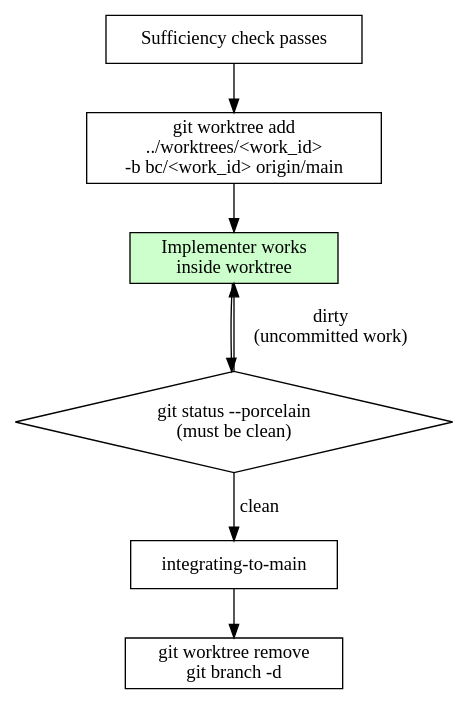
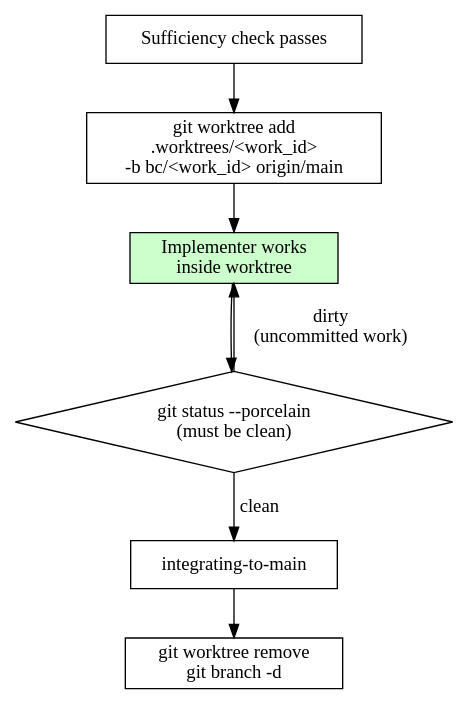
One commit to dstengle/shopsystem-templates changed the diagram in src/shop_templates/templates/skills/using-git-worktrees/SKILL.md. Above: the diagram before and after it, drawn with Graphviz. The commit also changed other lines of this file and 1 other file, not shown here.

First line of the commit message:
feat(green): place per-work_id worktrees inside /workspace (.worktrees/<id>)

````diff
--- a/src/shop_templates/templates/skills/using-git-worktrees/SKILL.md
+++ b/src/shop_templates/templates/skills/using-git-worktrees/SKILL.md
@@ -68,16 +70,16 @@
 ```dot
 digraph worktrees {
     rankdir=TB;
     suff   [label="Sufficiency check passes", shape=box];
-    create [label="git worktree add\n../worktrees/<work_id>\n-b bc/<work_id> origin/main", shape=box];
+    create [label="git worktree add\n.worktrees/<work_id>\n-b bc/<work_id> origin/main", shape=box];
     impl   [label="Implementer works\ninside worktree", shape=box, style=filled, fillcolor="#ccffcc"];
     check  [label="git status --porcelain\n(must be clean)", shape=diamond];
     merge  [label="integrating-to-main", shape=box];
     clean  [label="git worktree remove\ngit branch -d", shape=box];
 
     suff   -> create -> impl -> check;
     check  -> merge [label="clean"];
     check  -> impl  [label="dirty\n(uncommitted work)"];
     merge  -> clean;
 }
 ```
````
